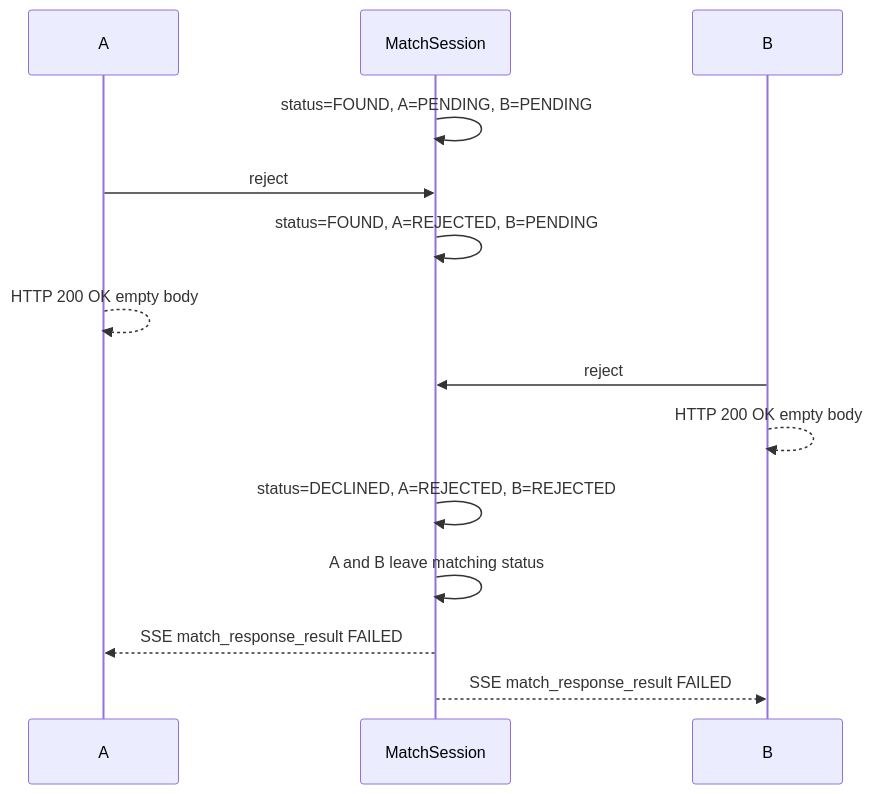
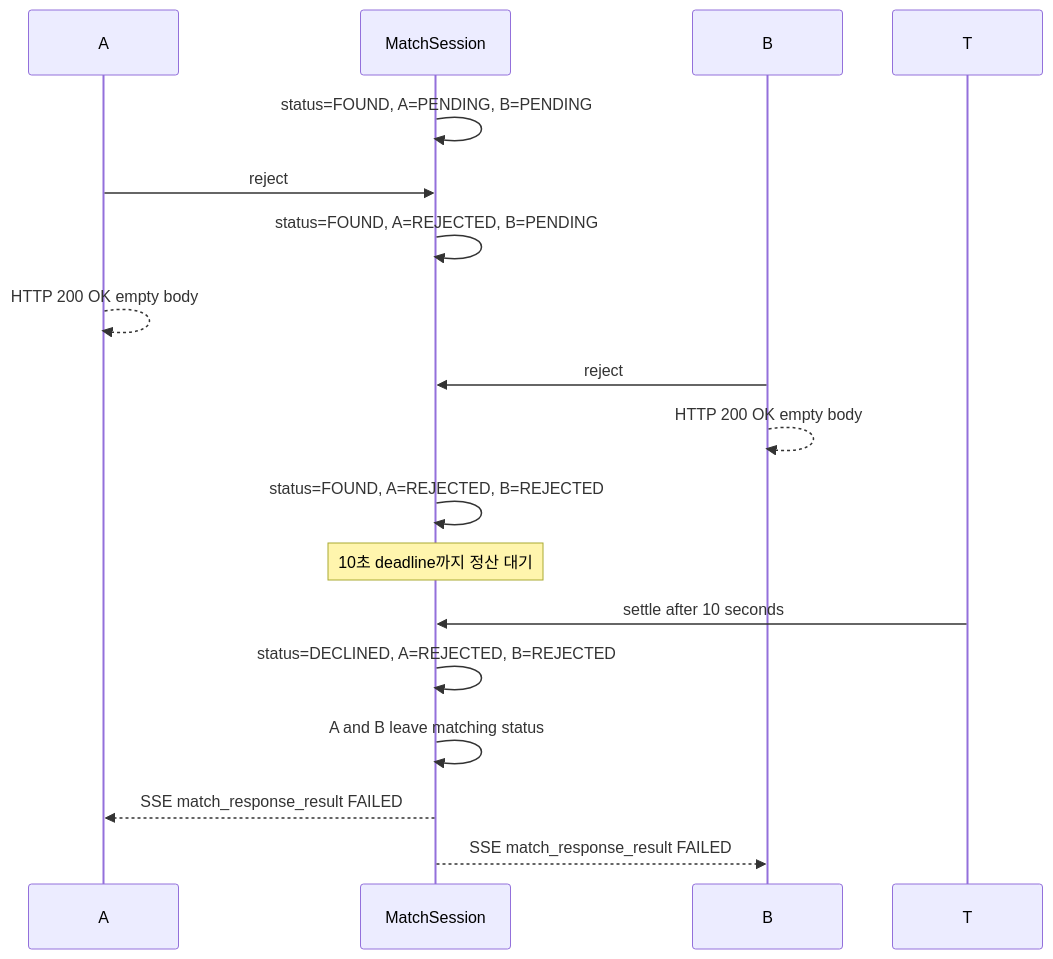
One commit to moonwhistle/League-of-Star changed the eighth of 11 diagrams in docs/project/domain status.md. Above: the diagram before and after it, drawn with Mermaid. The commit also changed other lines of this file and 161 other files, not shown here.

````diff
--- a/docs/project/domain status.md
+++ b/docs/project/domain status.md
@@ -181,17 +190,20 @@
 ```mermaid
 sequenceDiagram
     participant A
     participant S as MatchSession
     participant B
 
     S->>S: status=FOUND, A=PENDING, B=PENDING
     A->>S: reject
     S->>S: status=FOUND, A=REJECTED, B=PENDING
     A-->>A: HTTP 200 OK empty body
     B->>S: reject
     B-->>B: HTTP 200 OK empty body
+    S->>S: status=FOUND, A=REJECTED, B=REJECTED
+    Note over S: 10초 deadline까지 정산 대기
+    T->>S: settle after 10 seconds
     S->>S: status=DECLINED, A=REJECTED, B=REJECTED
     S->>S: A and B leave matching status
     S-->>A: SSE match_response_result FAILED
     S-->>B: SSE match_response_result FAILED
 ```
````
